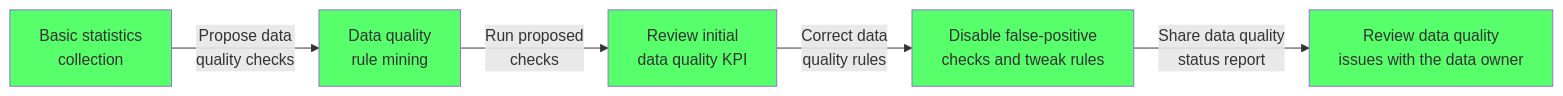
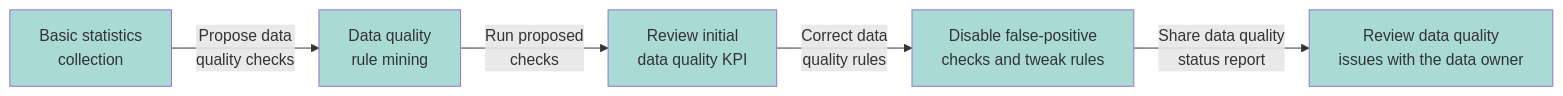
The second of 5 diagrams in docs/dqo-concepts/data-quality-process.md (dqops/dqo), drawn with Mermaid before and after one commit. The commit also changed other lines of this file, not shown here.

````diff
--- a/docs/dqo-concepts/data-quality-process.md
+++ b/docs/dqo-concepts/data-quality-process.md
@@ -61,9 +61,9 @@
 ``` mermaid
 graph LR
   BASIC_PROFILING[Basic statistics<br/>collection]:::step --> |Propose data<br/>quality checks| RULE_MINING[Data quality<br/>rule mining]:::step;
   RULE_MINING --> |Run proposed<br/>checks| ASSESSMENT_RESULTS_REVIEW[Review initial<br/>data quality KPI]:::step;
   ASSESSMENT_RESULTS_REVIEW --> |Correct data<br/>quality rules| DISABLE_FALSE_CHECKS[Disable false-positive<br/>checks and tweak rules]:::step;
   DISABLE_FALSE_CHECKS --> |Share data quality<br/>status report| CONSULT_DQ_ISSUES[Review data quality<br/>issues with the data owner]:::step;
   
-  classDef step fill:#57ff6a;
+  classDef step fill:#A9DBD4;
 ```
````
